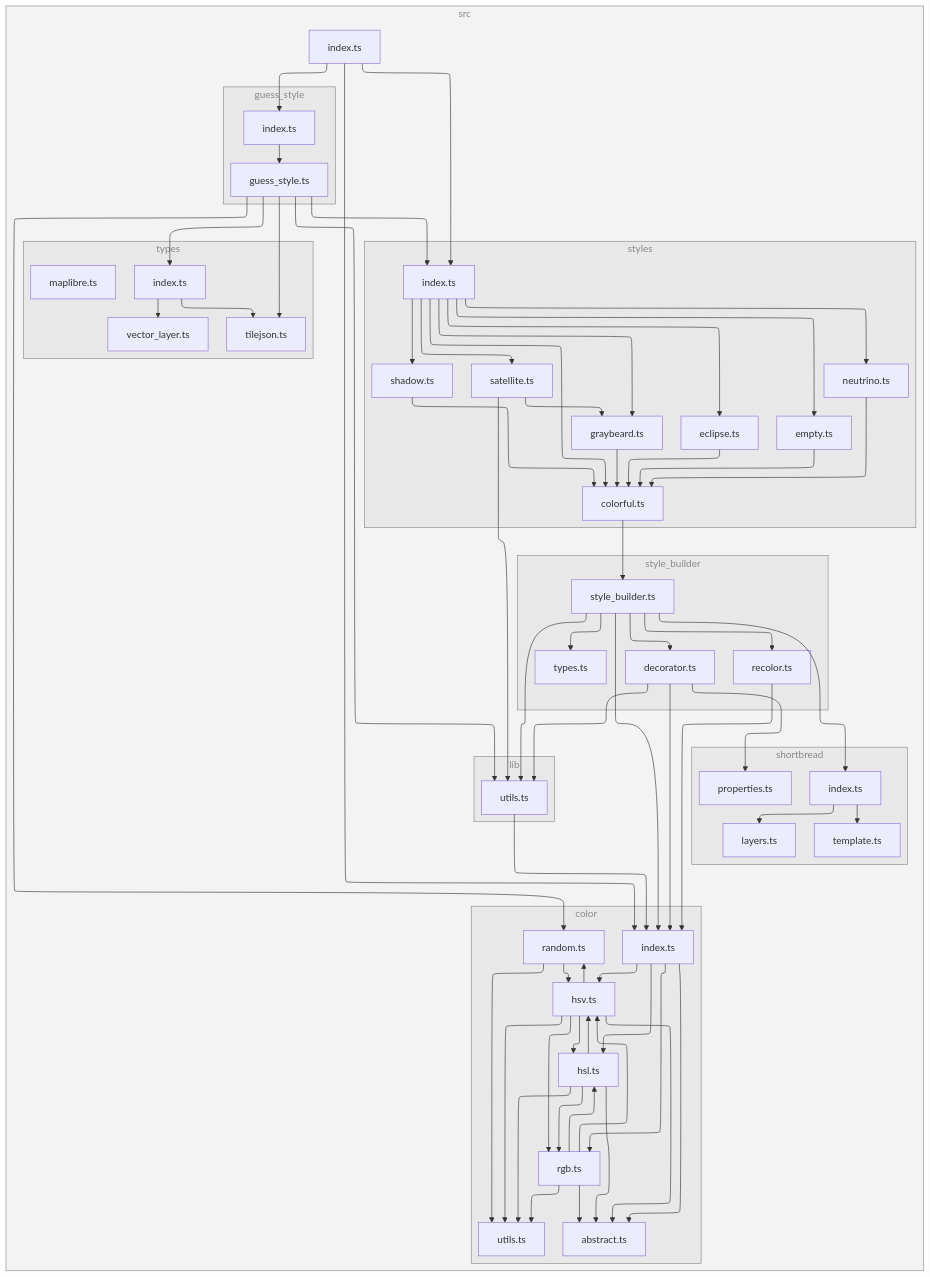
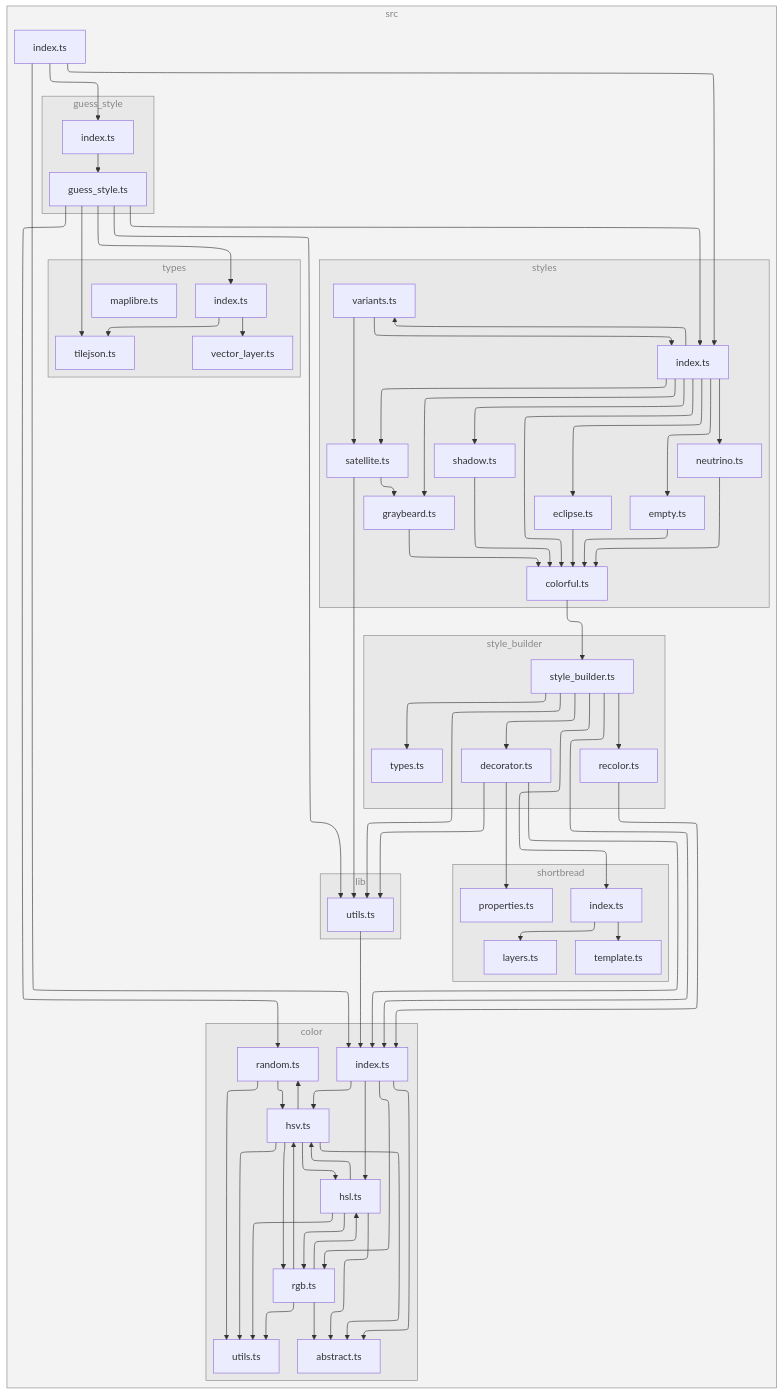
One commit to versatiles-org/versatiles-style changed the diagram in README.md. Above: the diagram before and after it, drawn with Mermaid. The commit also changed 6 other files, not shown here.

````diff
--- a/README.md
+++ b/README.md
@@ -163,7 +163,7 @@
 end
 subgraph 9["guess_style"]
 A["guess_style.ts"]
-10["index.ts"]
+11["index.ts"]
 end
 subgraph B["lib"]
 C["utils.ts"]
@@ -177,6 +177,7 @@
 T["neutrino.ts"]
 U["satellite.ts"]
 V["shadow.ts"]
+W["variants.ts"]
 end
 subgraph G["style_builder"]
 H["style_builder.ts"]
@@ -190,13 +191,13 @@
 L["template.ts"]
 N["properties.ts"]
 end
-subgraph W["types"]
-X["index.ts"]
-Y["tilejson.ts"]
-Z["vector_layer.ts"]
-12["maplibre.ts"]
+subgraph X["types"]
+Y["index.ts"]
+Z["tilejson.ts"]
+10["vector_layer.ts"]
+13["maplibre.ts"]
 end
-11["index.ts"]
+12["index.ts"]
 end
 3-->2
 3-->4
@@ -220,8 +221,8 @@
 A-->5
 A-->C
 A-->E
-A-->X
 A-->Y
+A-->Z
 C-->8
 E-->F
 E-->Q
@@ -230,6 +231,7 @@
 E-->T
 E-->U
 E-->V
+E-->W
 F-->H
 H-->8
 H-->C
@@ -250,13 +252,15 @@
 U-->C
 U-->S
 V-->F
-X-->Y
-X-->Z
-10-->A
-11-->8
-11-->10
-11-->E
+W-->E
+W-->U
+Y-->Z
+Y-->10
+11-->A
+12-->8
+12-->11
+12-->E
 
-class 0,1,9,B,D,G,I,W subgraphs;
+class 0,1,9,B,D,G,I,X subgraphs;
 classDef subgraphs fill-opacity:0.1, fill:#888, color:#888, stroke:#888;
 ```
````
